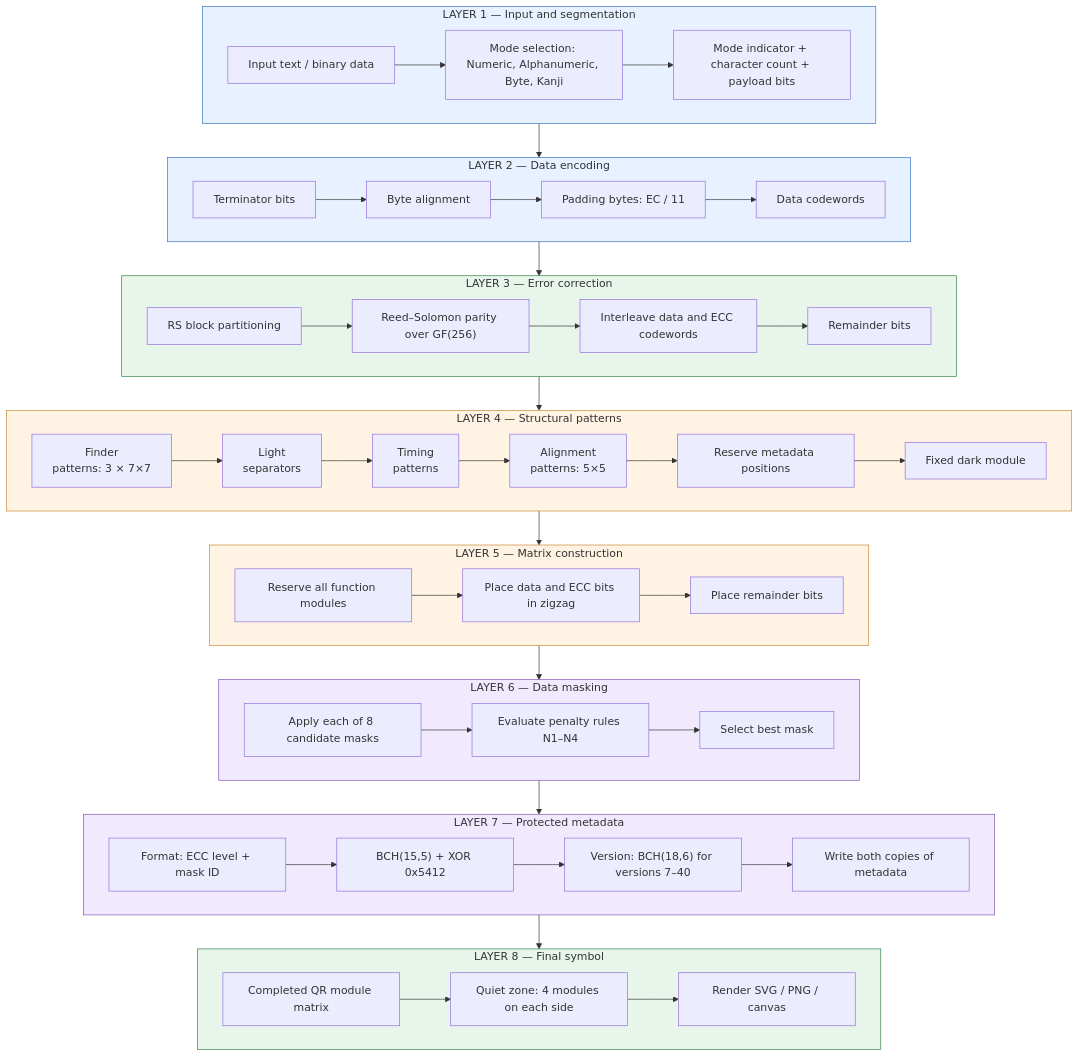
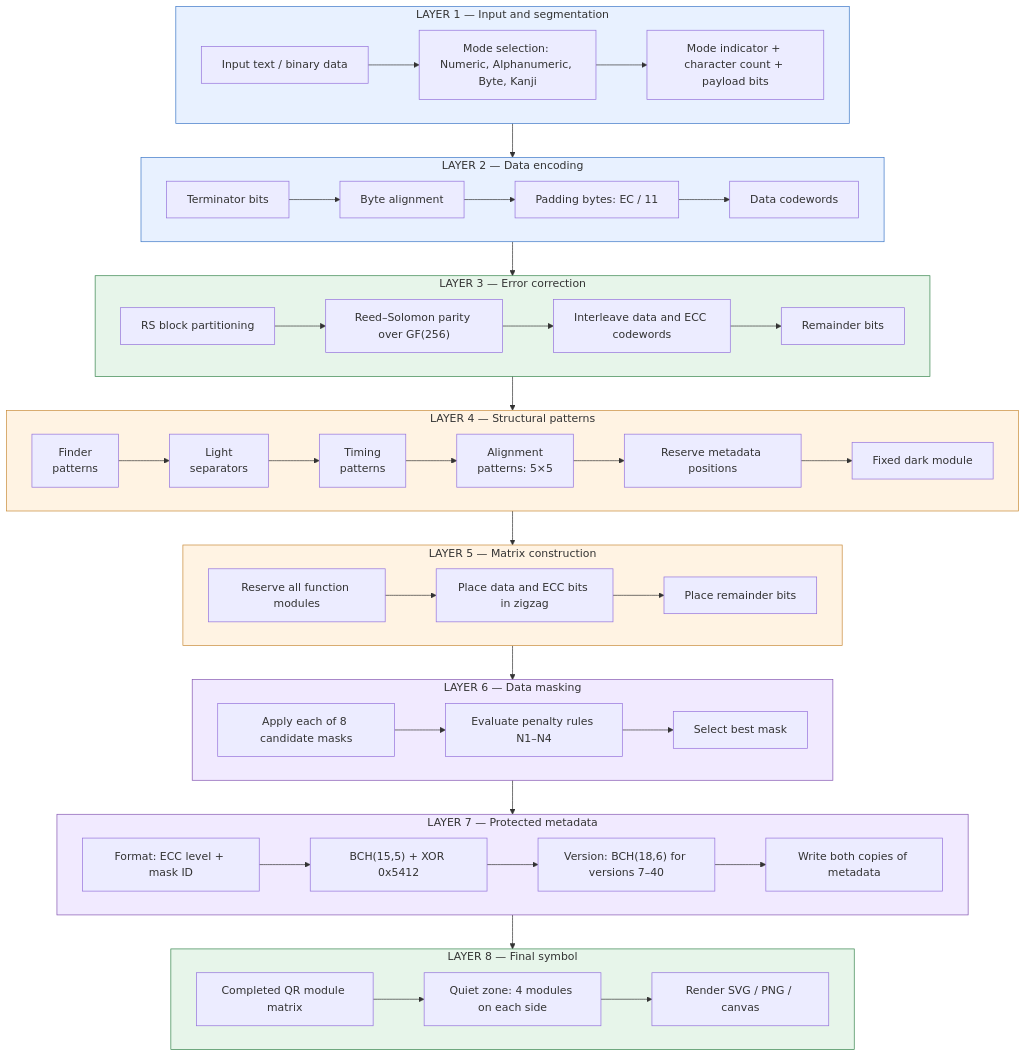
The diagram in README.md (flyingzebra/QRgen), drawn with Mermaid before and after one commit.

```diff
--- a/README.md
+++ b/README.md
@@ -41,7 +41,7 @@
 
     subgraph L4["LAYER 4 — Structural patterns"]
         direction LR
-        P1["Finder\npatterns: 3 × 7×7"]
+        P1["Finder\npatterns"]
         P2["Light\nseparators"]
         P3["Timing\npatterns"]
         P4["Alignment\npatterns: 5×5"]
```
